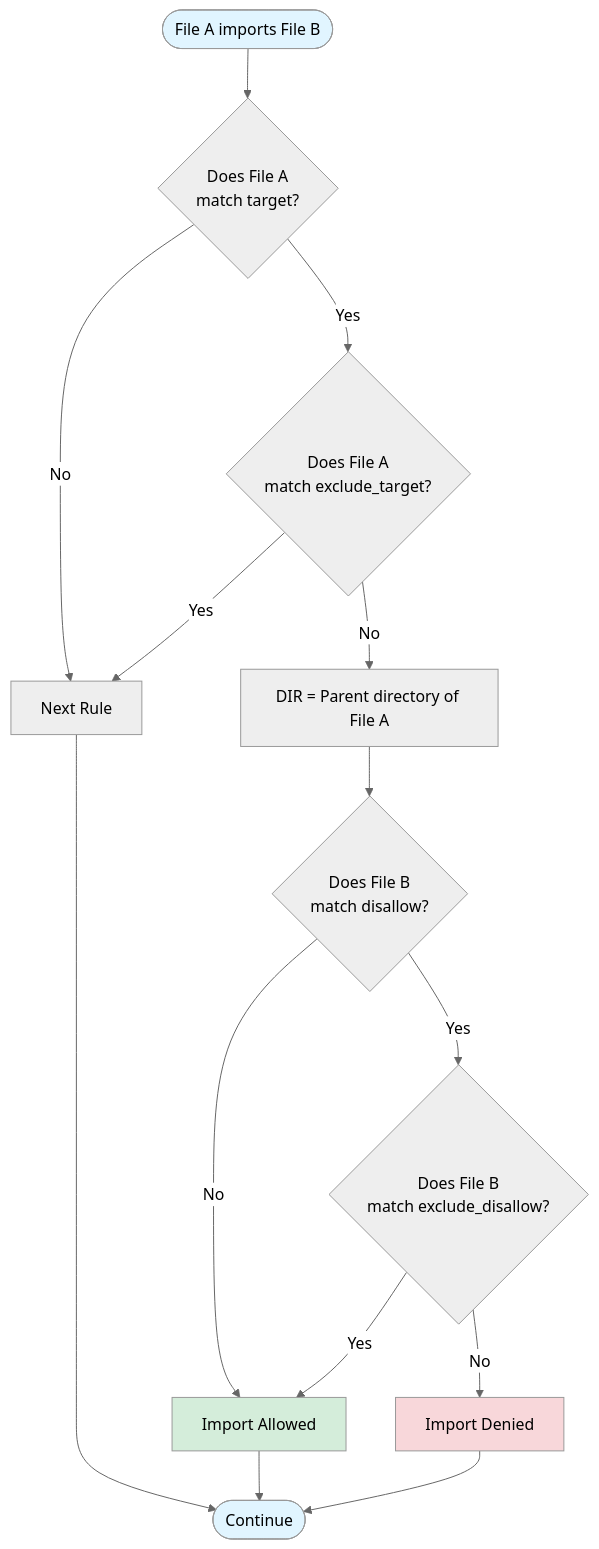
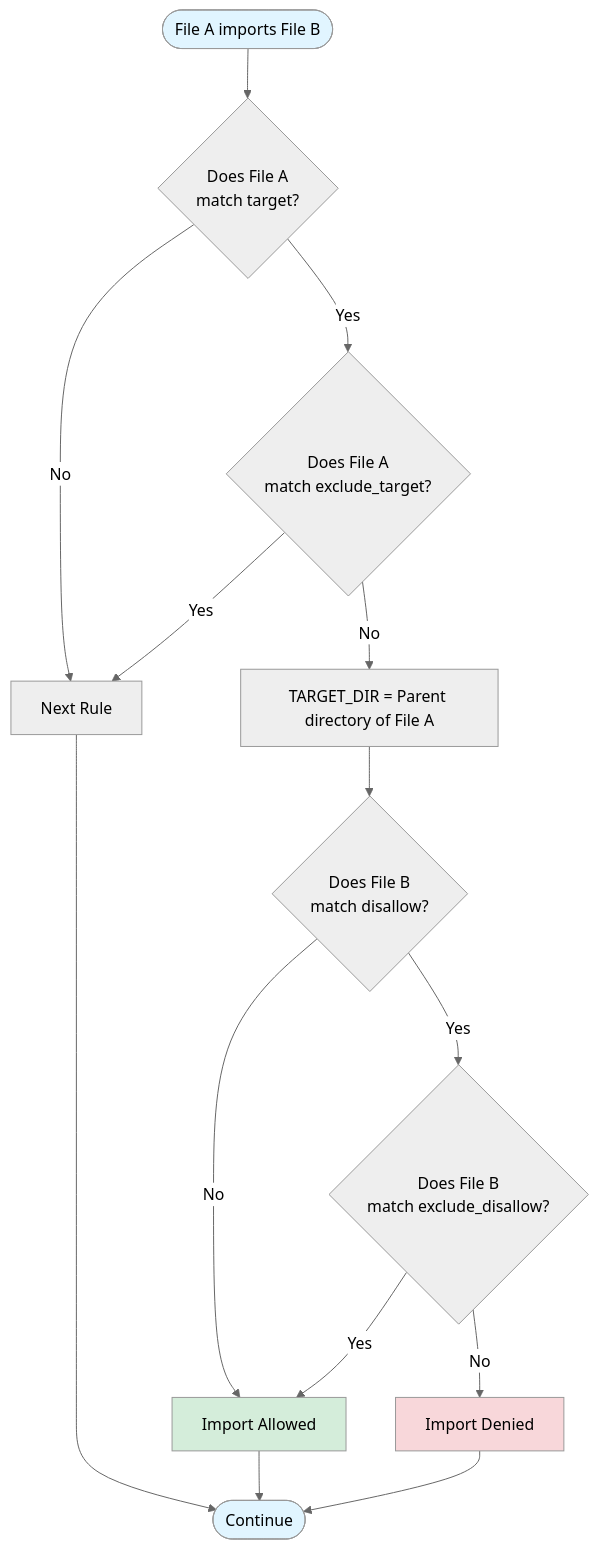
One commit to fujidaiti/import_rules changed the diagram in README.md. Above: the diagram before and after it, drawn with Mermaid (neutral theme). The commit also changed other lines of this file and 9 other files, not shown here.

Commit message:
rename $DIR to $TARGET_DIR

````diff
--- a/README.md
+++ b/README.md
@@ -219,21 +219,21 @@
 ```mermaid
 flowchart TD
     Start([File A imports File B]) --> CheckTarget{Does File A<br/>match target?}
     CheckTarget -->|No| NextRule[Next Rule]
     CheckTarget -->|Yes| CheckExcludeTarget{Does File A<br/>match exclude_target?}
     CheckExcludeTarget -->|Yes| NextRule
-    CheckExcludeTarget -->|No| ExtractDIR[DIR = Parent directory of File A]
-    ExtractDIR --> CheckDisallow{Does File B<br/>match disallow?}
+    CheckExcludeTarget -->|No| ExtractTARGET_DIR[TARGET_DIR = Parent directory of File A]
+    ExtractTARGET_DIR --> CheckDisallow{Does File B<br/>match disallow?}
     CheckDisallow -->|No| Allow[Import Allowed]
     CheckDisallow -->|Yes| CheckExcludeDisallow{Does File B<br/>match exclude_disallow?}
     CheckExcludeDisallow -->|Yes| Allow
     CheckExcludeDisallow -->|No| Deny[Import Denied]
     NextRule --> End([Continue])
     Allow --> End
     Deny --> End
 
     style Start fill:#e1f5ff
     style End fill:#e1f5ff
     style Allow fill:#d4edda
     style Deny fill:#f8d7da
 ```
````
